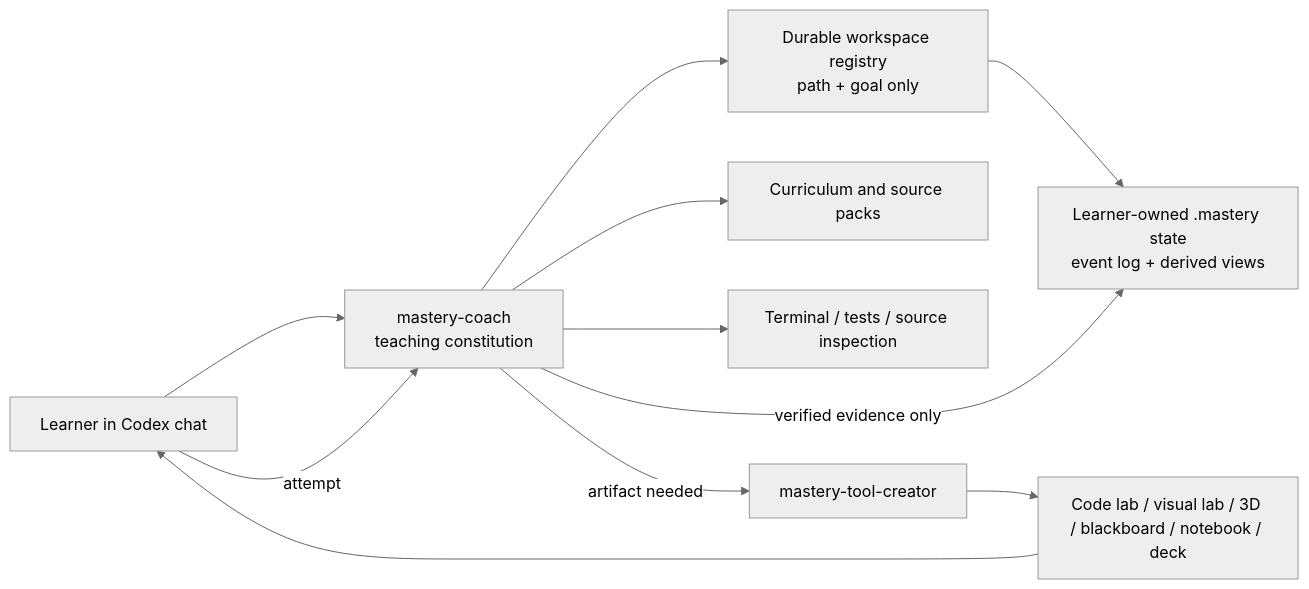
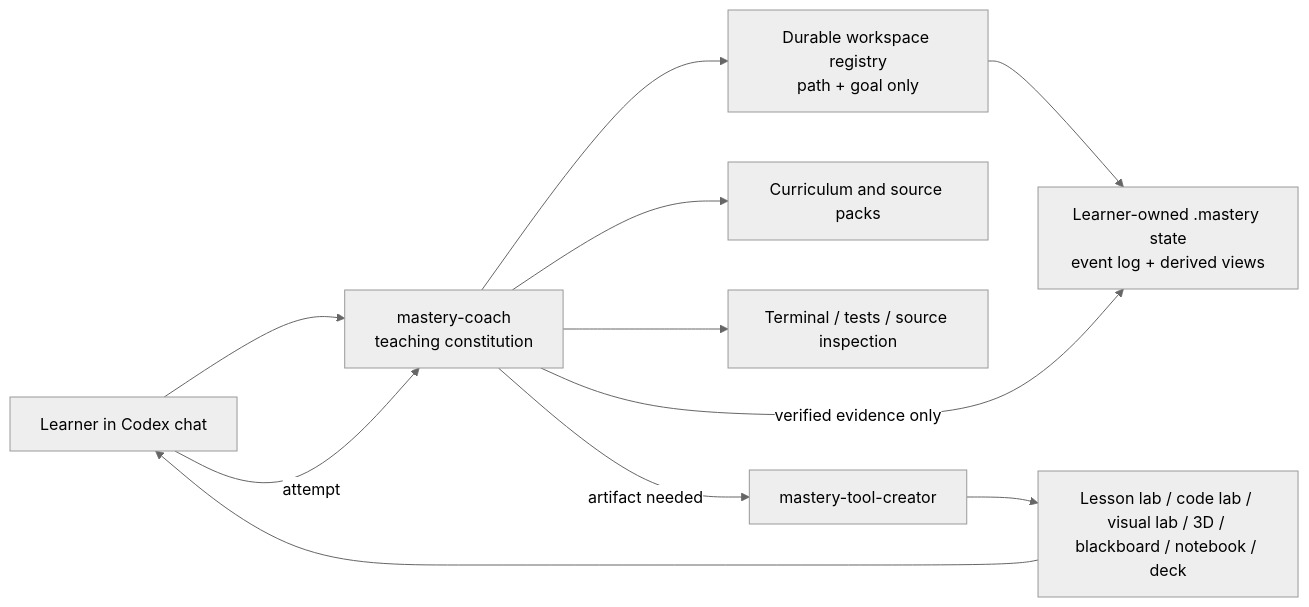
Before and after one commit to fanfanfanfanfan626/mastery-learning: the diagram in docs/architecture.md, drawn with Mermaid (neutral theme). The commit also changed 23 other files, not shown here.

````diff
--- a/docs/architecture.md
+++ b/docs/architecture.md
@@ -7,13 +7,13 @@
 ```mermaid
 flowchart LR
     U["Learner in Codex chat"] --> C["mastery-coach<br/>teaching constitution"]
     C --> R["Durable workspace registry<br/>path + goal only"]
     R --> M["Learner-owned .mastery state<br/>event log + derived views"]
     C --> S["Curriculum and source packs"]
     C --> E["Terminal / tests / source inspection"]
     C -->|"artifact needed"| T["mastery-tool-creator"]
-    T --> A["Code lab / visual lab / 3D / blackboard / notebook / deck"]
+    T --> A["Lesson lab / code lab / visual lab / 3D / blackboard / notebook / deck"]
     A --> U
     U -->|"attempt"| C
     C -->|"verified evidence only"| M
 ```
````
